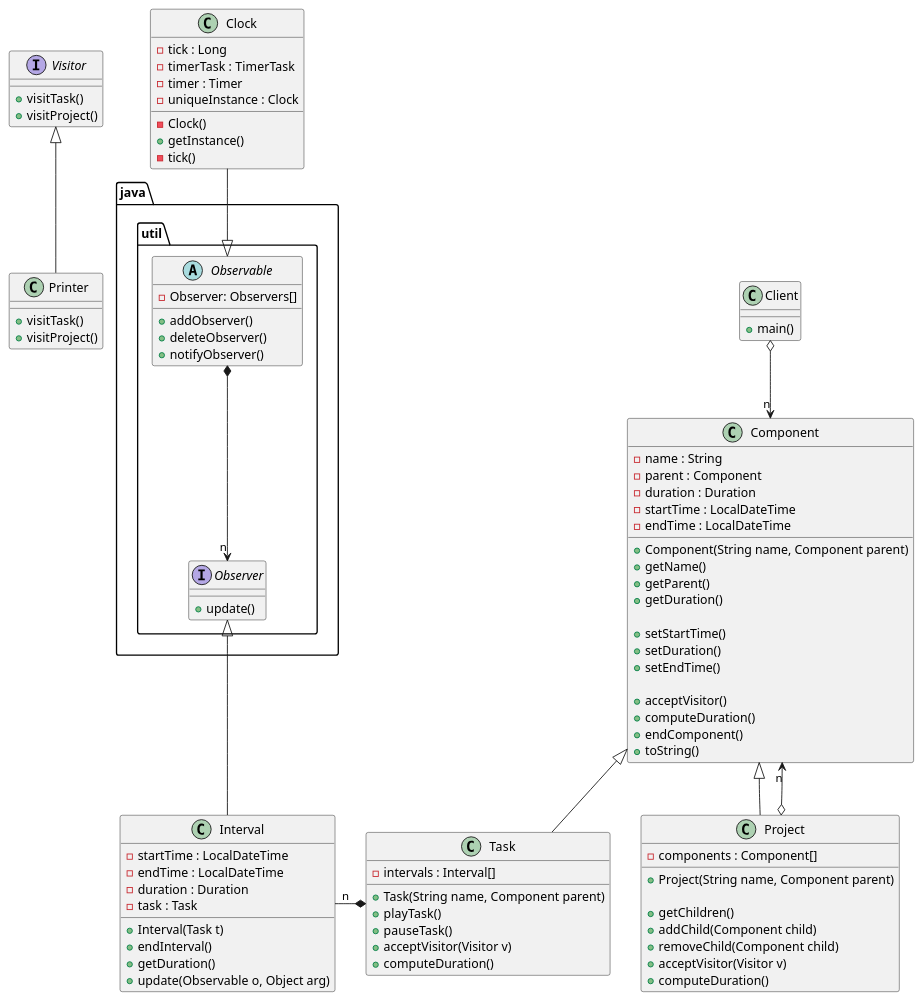
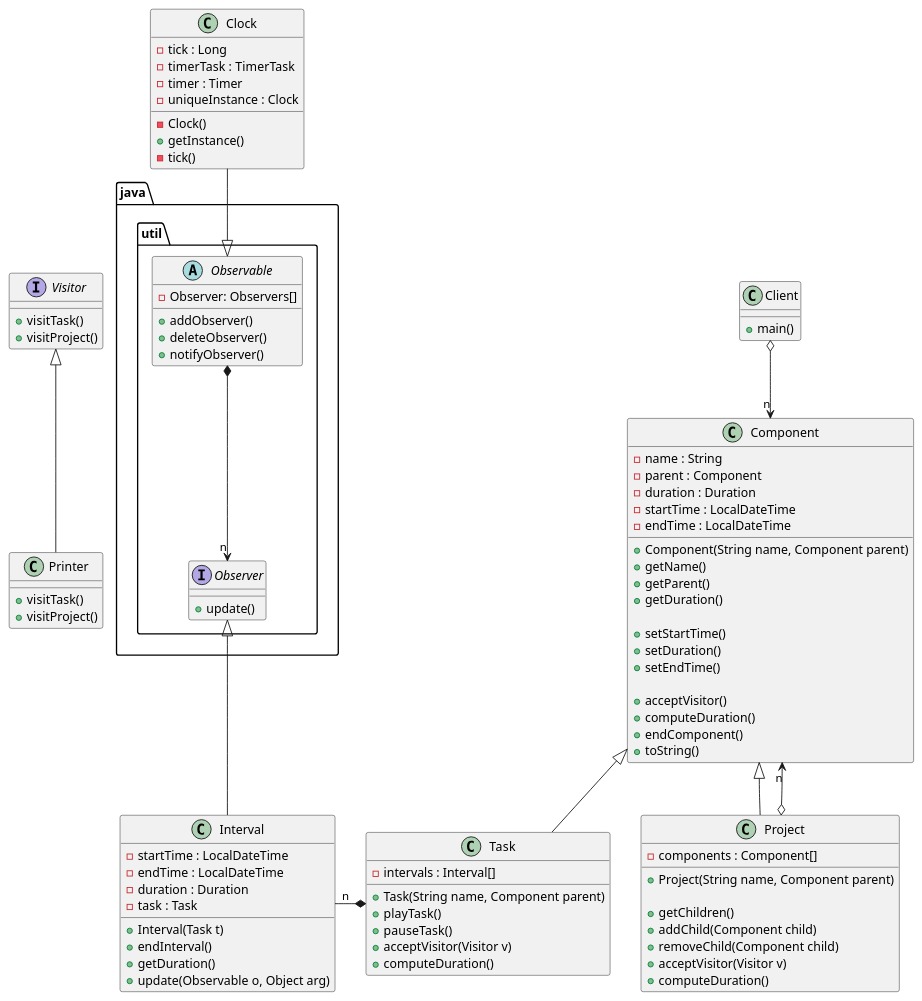
The diagram in TimeTracker.puml (frcalderon/TimeTracker), drawn with PlantUML before and after one commit.

Commit message:
useless push

```diff
--- a/TimeTracker.puml
+++ b/TimeTracker.puml
@@ -1,107 +1,108 @@
 @startuml
 
 class Client {
 + main()
 }
 
 class Project {
 - components : Component[]
 + Project(String name, Component parent)
 
 + getChildren()
 + addChild(Component child)
 + removeChild(Component child)
 + acceptVisitor(Visitor v)
 + computeDuration()
 }
 
 class Task {
 - intervals : Interval[]
 + Task(String name, Component parent)
 + playTask()
 + pauseTask()
 + acceptVisitor(Visitor v)
 + computeDuration()
 }
 
 class Component {
 - name : String
 - parent : Component
 - duration : Duration
 - startTime : LocalDateTime
 - endTime : LocalDateTime
 
 + Component(String name, Component parent)
 + getName()
 + getParent()
 + getDuration()
 
 + setStartTime()
 + setDuration()
 + setEndTime()
 
 + acceptVisitor()
 + computeDuration()
 + endComponent()
 + toString()
 }
 
 class Interval {
 - startTime : LocalDateTime
 - endTime : LocalDateTime
 - duration : Duration
 - task : Task
 
 + Interval(Task t)
 + endInterval()
 + getDuration()
 + update(Observable o, Object arg)
 
 }
 
 Interface Visitor {
 + visitTask()
 + visitProject()
 }
 
 
 package java.util <<Folder>> {
     Interface Observer{
     + update()
     }
 
     abstract class Observable {
     - Observer: Observers[]
     + addObserver()
     + deleteObserver()
     + notifyObserver()
     }
 }
 
 class Clock {
 - tick : Long
 - timerTask : TimerTask
 - timer : Timer
 - uniqueInstance : Clock
 - Clock()
 + getInstance()
 - tick()
 }
 
 class Printer {
 + visitTask()
 + visitProject()
 }
 
 Client o-down->"n" Component
 Project -up-|> Component
 Component "n"<-down-o Project
 Task -up-|> Component
 Task -[hidden]right- Project
 Interval "n" -right-* Task
 Clock --|> Observable
 Printer -up-|> Visitor
 Interval -up-|> Observer
 Observable *-->"n" Observer
+Visitor -[hidden]left- Observable
 
 @enduml
```
